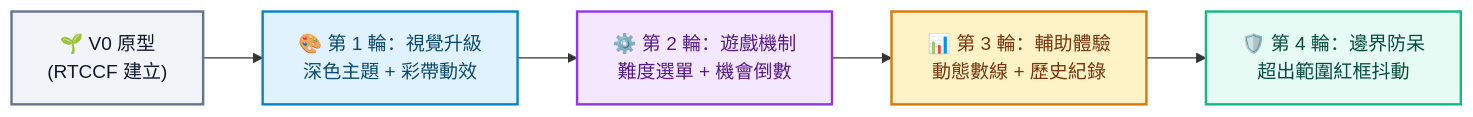
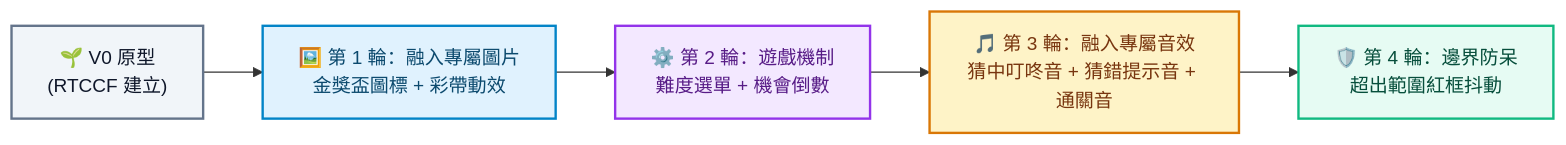
Before and after one commit to roberthsu2003/vibe_coding: the diagram in AIFirst實作課程/建立小遊戲/猜數字遊戲/README.md, drawn with Mermaid. The commit also changed other lines of this file and 67 other files, not shown here.

````diff
--- a/AIFirst實作課程/建立小遊戲/猜數字遊戲/README.md
+++ b/AIFirst實作課程/建立小遊戲/猜數字遊戲/README.md
@@ -73,14 +78,14 @@
 ```mermaid
 flowchart LR
     V0["🌱 V0 原型<br/>(RTCCF 建立)"] 
-    --> V1["🎨 第 1 輪：視覺升級<br/>深色主題 + 彩帶動效"]
+    --> V1["🖼️ 第 1 輪：融入專屬圖片<br/>金獎盃圖標 + 彩帶動效"]
     --> V2["⚙️ 第 2 輪：遊戲機制<br/>難度選單 + 機會倒數"]
-    --> V3["📊 第 3 輪：輔助體驗<br/>動態數線 + 歷史紀錄"]
+    --> V3["🎵 第 3 輪：融入專屬音效<br/>猜中叮咚音 + 猜錯提示音 + 通關音"]
     --> V4["🛡️ 第 4 輪：邊界防呆<br/>超出範圍紅框抖動"]
 
     style V0 fill:#f1f5f9,stroke:#64748b,stroke-width:2px,color:#0f172a
     style V1 fill:#e0f2fe,stroke:#0284c7,stroke-width:2px,color:#0c4a6e
     style V2 fill:#f3e8ff,stroke:#9333ea,stroke-width:2px,color:#581c87
     style V3 fill:#fef3c7,stroke:#d97706,stroke-width:2px,color:#78350f
     style V4 fill:#e6fbf3,stroke:#10b981,stroke-width:2px,color:#064e3b
 ```
````
